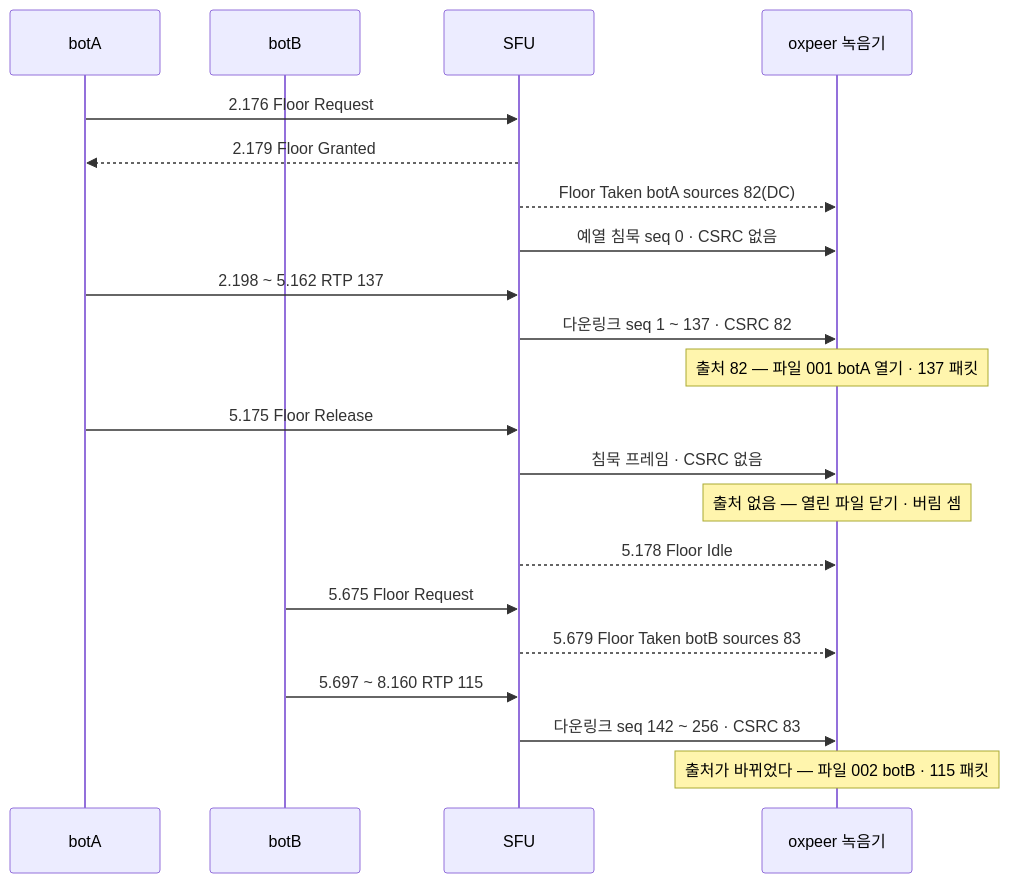
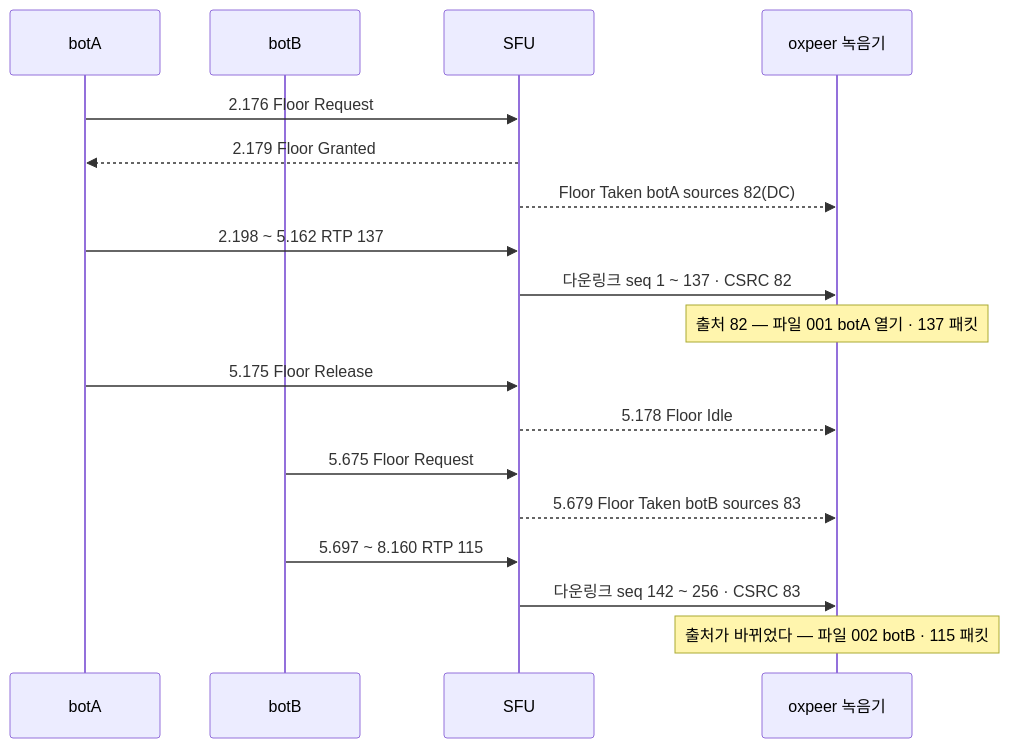
Before and after one commit to kodeholic9/oxlens-sfu: the second of 4 diagrams in docs/learn/16_OXPEER.md, drawn with Mermaid. The commit also changed other lines of this file and 37 other files, not shown here.

````diff
--- a/docs/learn/16_OXPEER.md
+++ b/docs/learn/16_OXPEER.md
@@ -66,23 +66,20 @@
 ```mermaid
 sequenceDiagram
   participant A as botA
   participant B as botB
   participant S as SFU
   participant R as oxpeer 녹음기
   A->>S: 2.176 Floor Request
   S-->>A: 2.179 Floor Granted
   S-->>R: Floor Taken botA sources 82(DC)
-  S->>R: 예열 침묵 seq 0 · CSRC 없음
   A->>S: 2.198 ~ 5.162 RTP 137
   S->>R: 다운링크 seq 1 ~ 137 · CSRC 82
   Note over R: 출처 82 — 파일 001 botA 열기 · 137 패킷
   A->>S: 5.175 Floor Release
-  S->>R: 침묵 프레임 · CSRC 없음
-  Note over R: 출처 없음 — 열린 파일 닫기 · 버림 셈
   S-->>R: 5.178 Floor Idle
   B->>S: 5.675 Floor Request
   S-->>R: 5.679 Floor Taken botB sources 83
   B->>S: 5.697 ~ 8.160 RTP 115
   S->>R: 다운링크 seq 142 ~ 256 · CSRC 83
   Note over R: 출처가 바뀌었다 — 파일 002 botB · 115 패킷
 ```
````
